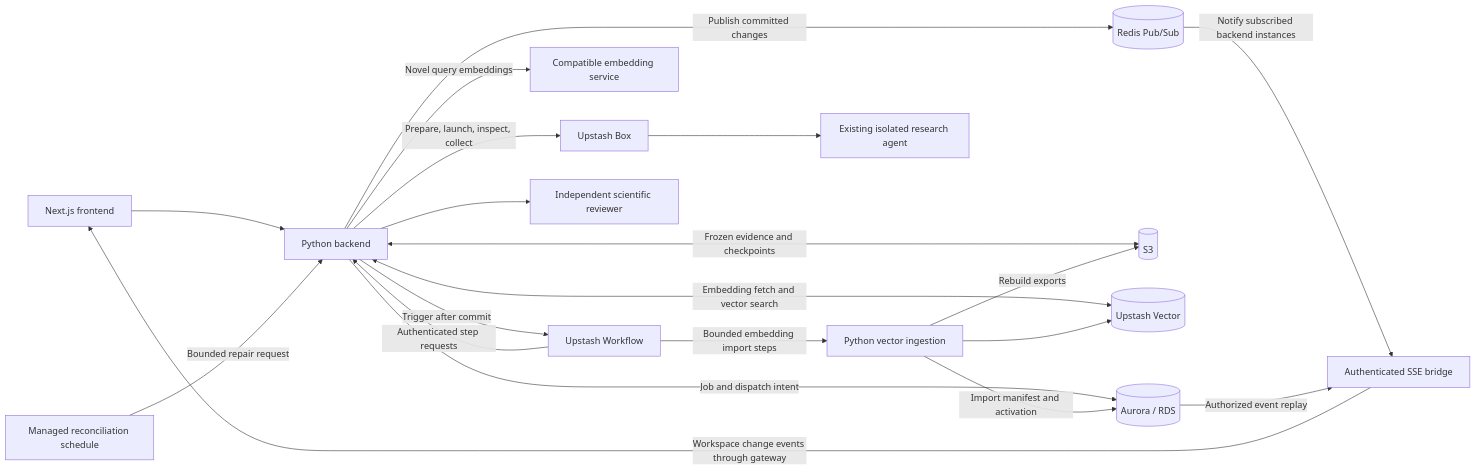
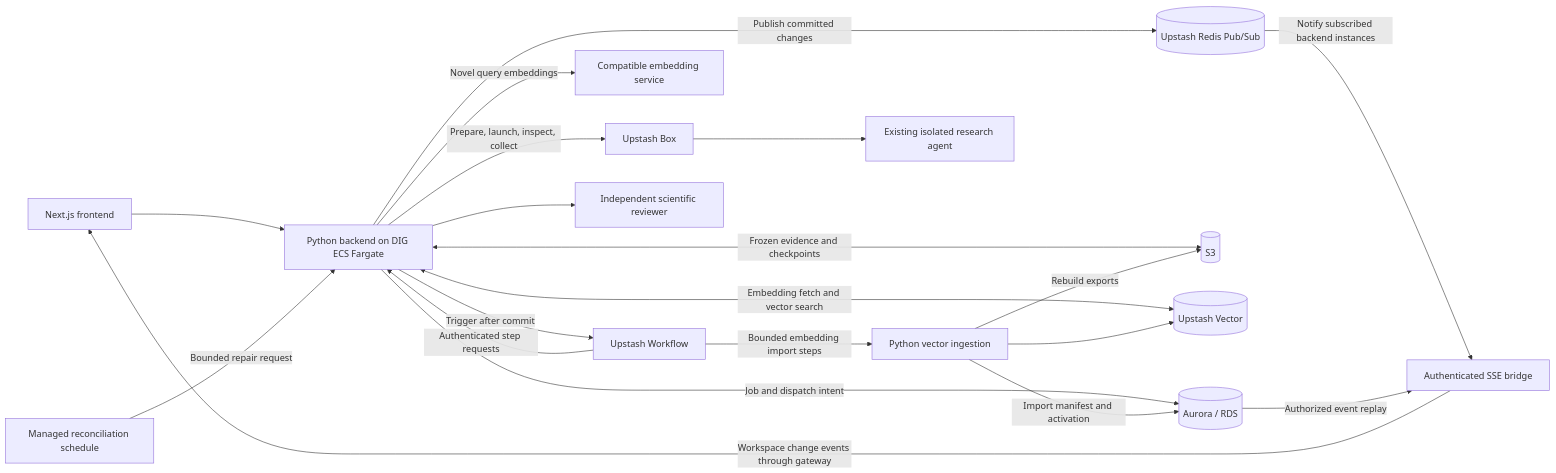
Before and after one commit to yakaboskic/reveal-mechanisms: the diagram in docs/durable-workflow-refactor-plan.md, drawn with Mermaid. The commit also changed other lines of this file and 106 other files, not shown here.

````diff
--- a/docs/durable-workflow-refactor-plan.md
+++ b/docs/durable-workflow-refactor-plan.md
@@ -17,22 +19,22 @@
 ```mermaid
 flowchart LR
-    UI[Next.js frontend] --> API[Python backend]
+    UI[Next.js frontend] --> API[Python backend on DIG ECS Fargate]
     API -->|Job and dispatch intent| DB[(Aurora / RDS)]
     API -->|Trigger after commit| WF[Upstash Workflow]
     WF -->|Authenticated step requests| API
     API <-->|Frozen evidence and checkpoints| S3[(S3)]
     API <-->|Embedding fetch and vector search| VECTOR[(Upstash Vector)]
     API -->|Novel query embeddings| EMBED[Compatible embedding service]
     WF -->|Bounded embedding import steps| INGEST[Python vector ingestion]
     INGEST --> VECTOR
     INGEST -->|Import manifest and activation| DB
     INGEST -->|Rebuild exports| S3
     API -->|Prepare, launch, inspect, collect| BOX[Upstash Box]
     BOX --> AGENT[Existing isolated research agent]
     API --> REVIEW[Independent scientific reviewer]
-    API -->|Publish committed changes| REDIS[(Redis Pub/Sub)]
+    API -->|Publish committed changes| REDIS[(Upstash Redis Pub/Sub)]
     REDIS -->|Notify subscribed backend instances| PUSH[Authenticated SSE bridge]
     DB -->|Authorized event replay| PUSH
     PUSH -->|Workspace change events through gateway| UI
     SCHED[Managed reconciliation schedule] -->|Bounded repair request| API
 ```
````
